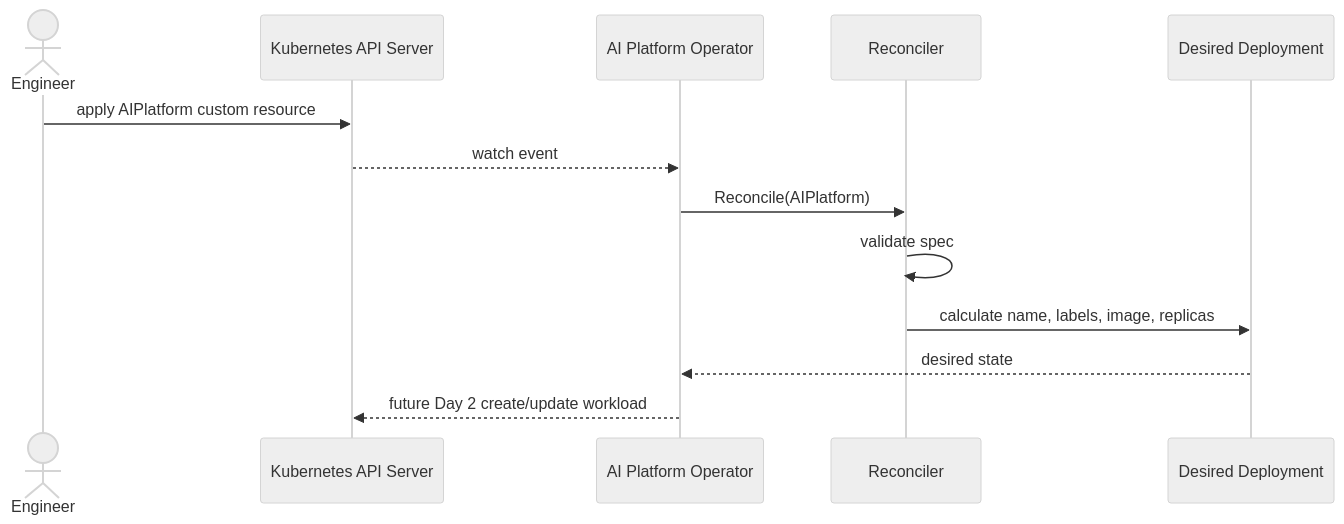
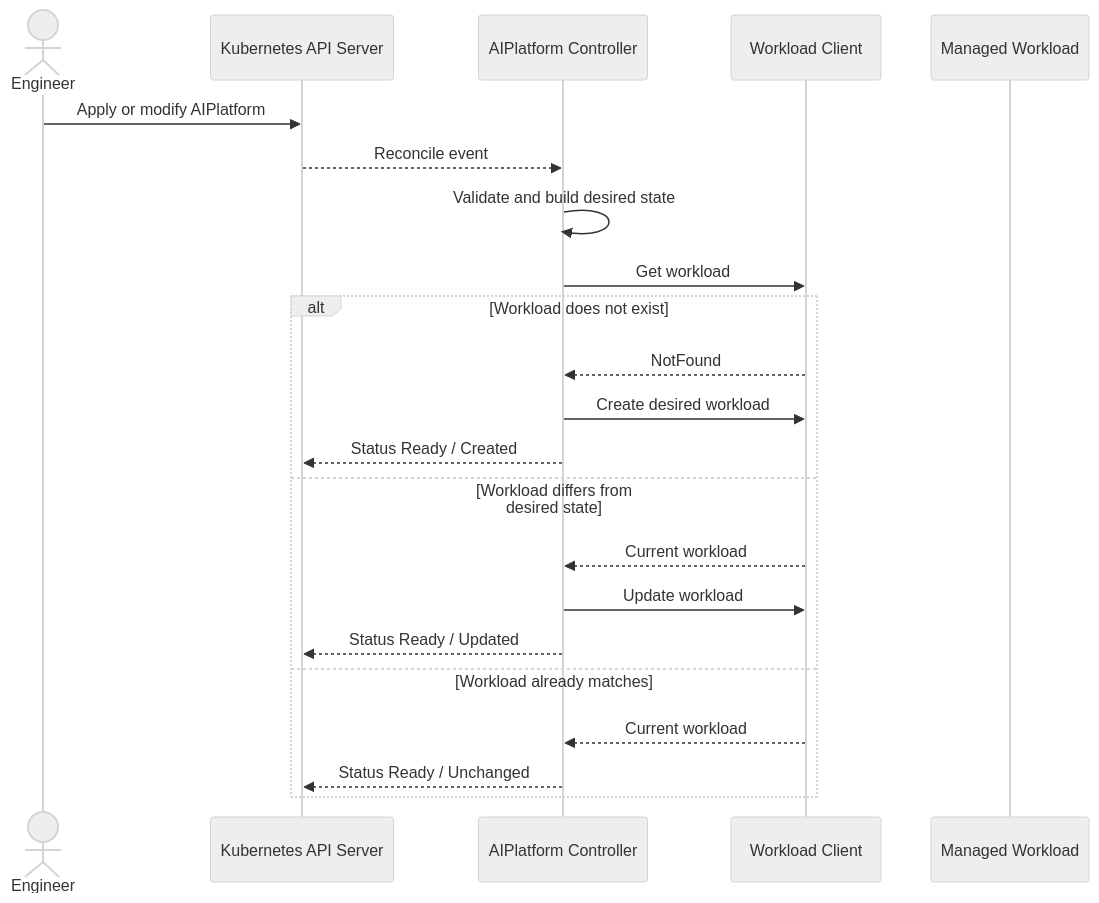
The diagram in docs/sequence.md (abdallauno1/platform-engineering-kubernetes-operator), drawn with Mermaid (neutral theme) before and after one commit. The commit also changed other lines of this file and 20 other files, not shown here.

Commit message:
Day 2 - Add idempotent reconciliation and status handling

````diff
--- a/docs/sequence.md
+++ b/docs/sequence.md
@@ -3,16 +3,26 @@
 ```mermaid
 sequenceDiagram
     actor Engineer
     participant API as Kubernetes API Server
-    participant Operator as AI Platform Operator
-    participant Reconciler
-    participant Deployment as Desired Deployment
+    participant Controller as AIPlatform Controller
+    participant Client as Workload Client
+    participant Workload as Managed Workload
 
-    Engineer->>API: apply AIPlatform custom resource
-    API-->>Operator: watch event
-    Operator->>Reconciler: Reconcile(AIPlatform)
-    Reconciler->>Reconciler: validate spec
-    Reconciler->>Deployment: calculate name, labels, image, replicas
-    Deployment-->>Operator: desired state
-    Operator-->>API: future Day 2 create/update workload
+    Engineer->>API: Apply or modify AIPlatform
+    API-->>Controller: Reconcile event
+    Controller->>Controller: Validate and build desired state
+    Controller->>Client: Get workload
+
+    alt Workload does not exist
+        Client-->>Controller: NotFound
+        Controller->>Client: Create desired workload
+        Controller-->>API: Status Ready / Created
+    else Workload differs from desired state
+        Client-->>Controller: Current workload
+        Controller->>Client: Update workload
+        Controller-->>API: Status Ready / Updated
+    else Workload already matches
+        Client-->>Controller: Current workload
+        Controller-->>API: Status Ready / Unchanged
+    end
 ```
````
